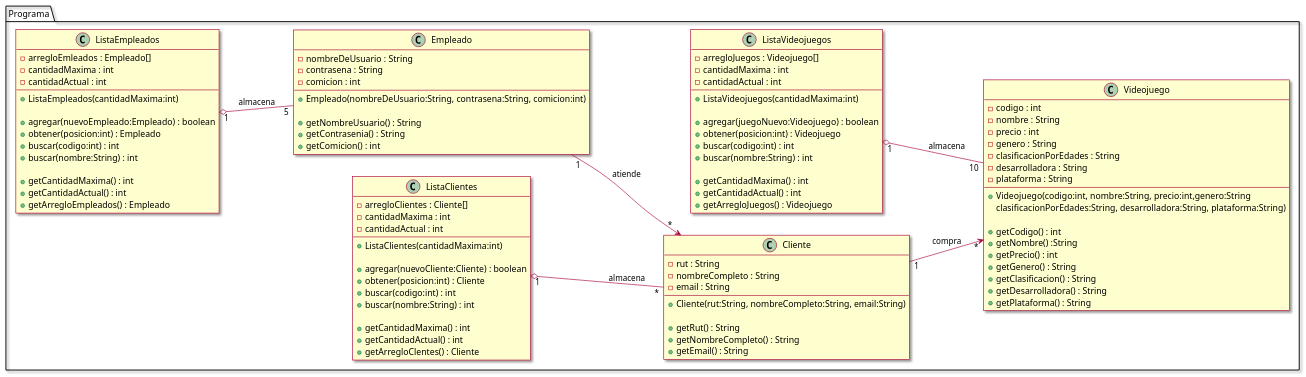
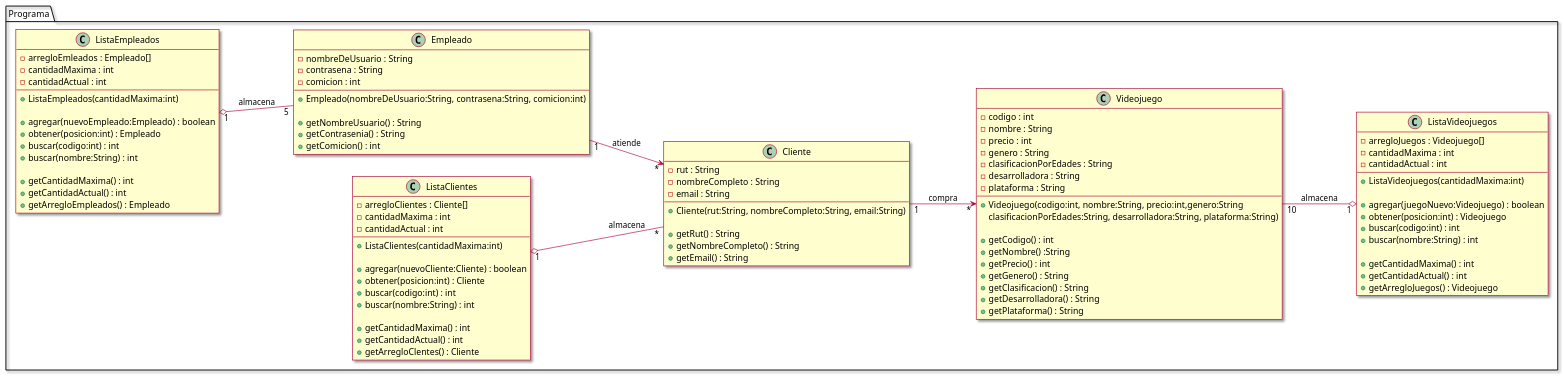
The diagram in src/Diagrama de Clases.puml (SrMoebius/-PA-Taller1_AguileraRodrigo-Cort-sDiego), drawn with PlantUML before and after one commit. The commit also changed 1 other file, not shown here.

```diff
--- a/src/Diagrama de Clases.puml
+++ b/src/Diagrama de Clases.puml
@@ -1,134 +1,134 @@
 @startuml
 'https://plantuml.com/class-diagram
 
 left to right direction
 skin rose
 
 
 
 package Programa {
 
     'Clases
 
     class Videojuego{
 
         - codigo : int
         - nombre : String
         - precio : int
         - genero : String
         - clasificacionPorEdades : String
         - desarrolladora : String
         - plataforma : String
 
         + Videojuego(codigo:int, nombre:String, precio:int,genero:String
         clasificacionPorEdades:String, desarrolladora:String, plataforma:String)
 
         + getCodigo() : int
         + getNombre() :String
         + getPrecio() : int
         + getGenero() : String
         + getClasificacion() : String
         + getDesarrolladora() : String
         + getPlataforma() : String
 
     }
 
     class ListaVideojuegos{
 
         - arregloJuegos : Videojuego[]
         - cantidadMaxima : int
         - cantidadActual : int
 
         + ListaVideojuegos(cantidadMaxima:int)
 
         + agregar(juegoNuevo:Videojuego) : boolean
         + obtener(posicion:int) : Videojuego
         + buscar(codigo:int) : int
         + buscar(nombre:String) : int
 
         + getCantidadMaxima() : int
         + getCantidadActual() : int
         + getArregloJuegos() : Videojuego
 
     }
 
     class Empleado{
         - nombreDeUsuario : String
         - contrasena : String
         - comicion : int
 
         + Empleado(nombreDeUsuario:String, contrasena:String, comicion:int)
 
         + getNombreUsuario() : String
         + getContrasenia() : String
         + getComicion() : int
 
     }
 
     class ListaEmpleados{
 
         - arregloEmleados : Empleado[]
         - cantidadMaxima : int
         - cantidadActual : int
 
         + ListaEmpleados(cantidadMaxima:int)
 
         + agregar(nuevoEmpleado:Empleado) : boolean
         + obtener(posicion:int) : Empleado
         + buscar(codigo:int) : int
         + buscar(nombre:String) : int
 
         + getCantidadMaxima() : int
         + getCantidadActual() : int
         + getArregloEmpleados() : Empleado
 
     }
 
     class Cliente{
 
         - rut : String
         - nombreCompleto : String
         - email : String
 
         + Cliente(rut:String, nombreCompleto:String, email:String)
 
         + getRut() : String
         + getNombreCompleto() : String
         + getEmail() : String
 
     }
 
     class ListaClientes{
 
         - arregloClientes : Cliente[]
         - cantidadMaxima : int
         - cantidadActual : int
 
         + ListaClientes(cantidadMaxima:int)
 
         + agregar(nuevoCliente:Cliente) : boolean
         + obtener(posicion:int) : Cliente
         + buscar(codigo:int) : int
         + buscar(nombre:String) : int
 
         + getCantidadMaxima() : int
         + getCantidadActual() : int
         + getArregloClentes() : Cliente
 
     }
 
 
 }
 
 
 'Relaciones
 
-ListaVideojuegos "1" o-- "10" Videojuego : almacena
+ListaVideojuegos "1" o-up- "10" Videojuego : almacena
 ListaEmpleados "1" o-- "5" Empleado : almacena
 ListaClientes "1" o-- "*" Cliente : almacena
 
 Empleado "1" --> "*" Cliente : atiende
 Cliente "1" --> "*" Videojuego : compra
 
 
 @enduml
```
